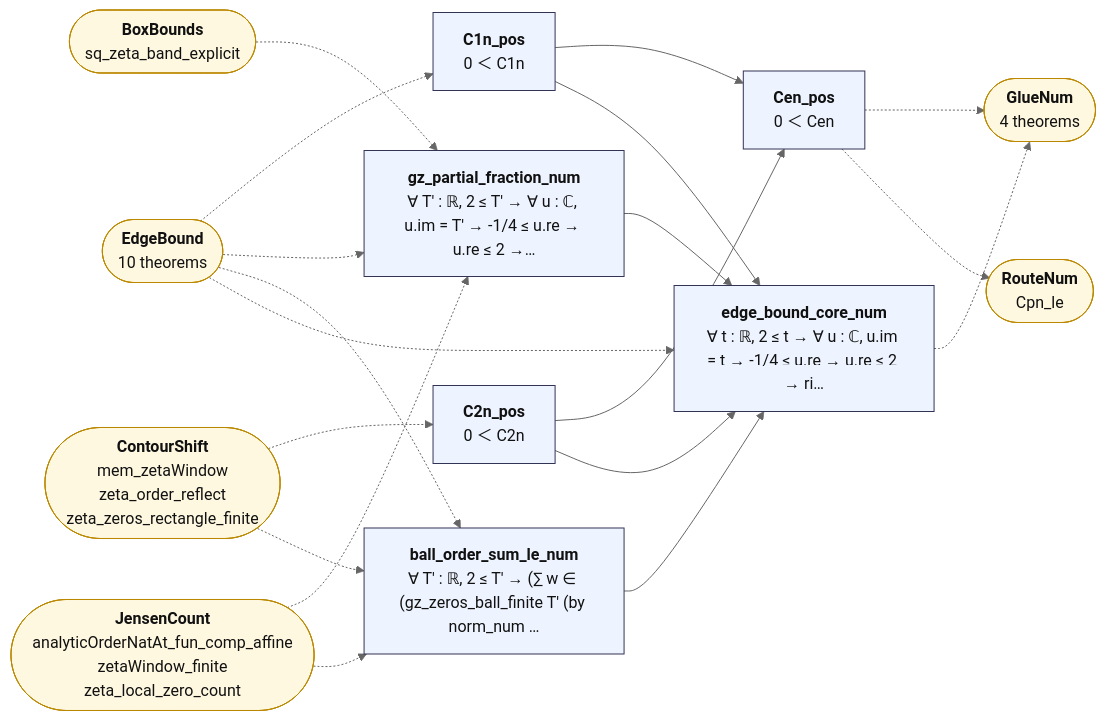
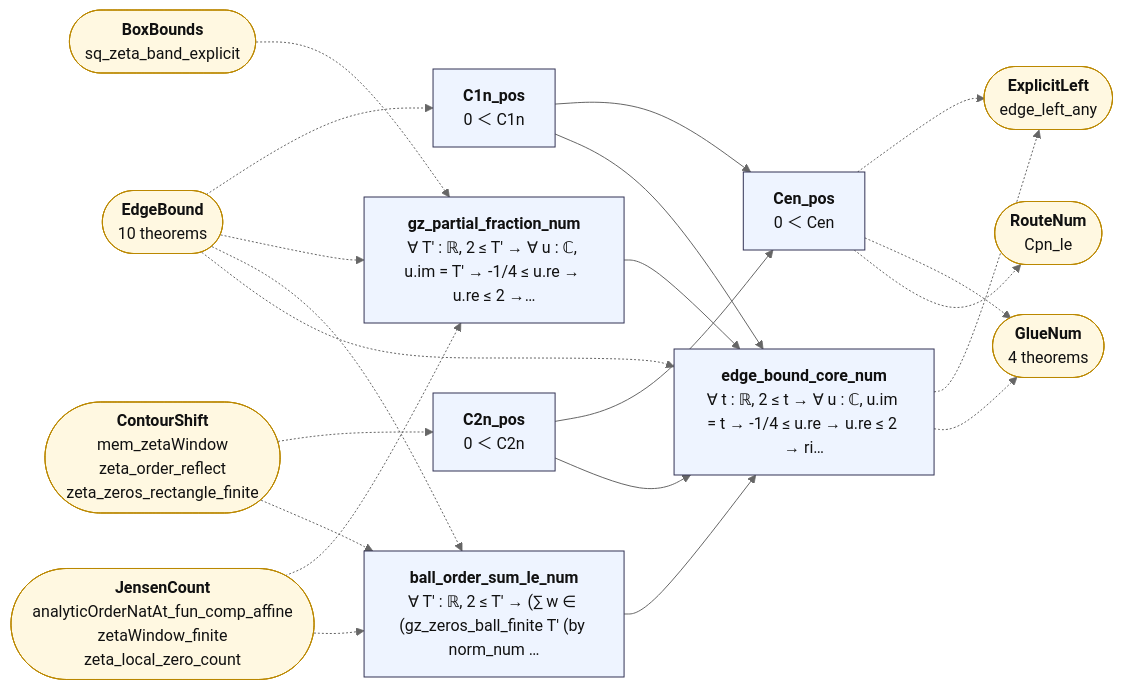
One commit to juliansambranojr/Primebeat_081426 changed the diagram in map/lean_stage3/EdgeNum.mmd. Above: the diagram before and after it, drawn with Mermaid (neutral theme). The commit also changed 43 other files, not shown here.

```diff
--- a/map/lean_stage3/EdgeNum.mmd
+++ b/map/lean_stage3/EdgeNum.mmd
@@ -1,39 +1,42 @@
 flowchart LR
   n0["<b>C1n_pos</b><br/>0 ＜ C1n"]:::thm
   n1["<b>gz_partial_fraction_num</b><br/>∀ T' : ℝ, 2 ≤ T' → ∀ u : ℂ, u.im = T' → -1/4 ≤ u.re → u.re ≤ 2 →…"]:::thm
   n2["<b>C2n_pos</b><br/>0 ＜ C2n"]:::thm
   n3["<b>ball_order_sum_le_num</b><br/>∀ T' : ℝ, 2 ≤ T' → (∑ w ∈ (gz_zeros_ball_finite T' (by norm_num …"]:::thm
   n4["<b>Cen_pos</b><br/>0 ＜ Cen"]:::thm
   n5["<b>edge_bound_core_num</b><br/>∀ t : ℝ, 2 ≤ t → ∀ u : ℂ, u.im = t → -1/4 ≤ u.re → u.re ≤ 2 → ri…"]:::thm
   x0(["<b>EdgeBound</b><br/>10 theorems"]):::ext
   x1(["<b>BoxBounds</b><br/>sq_zeta_band_explicit"]):::ext
   x2(["<b>JensenCount</b><br/>analyticOrderNatAt_fun_comp_affine<br/>zetaWindow_finite<br/>zeta_local_zero_count"]):::ext
   x3(["<b>ContourShift</b><br/>mem_zetaWindow<br/>zeta_order_reflect<br/>zeta_zeros_rectangle_finite"]):::ext
-  x4(["<b>GlueNum</b><br/>4 theorems"]):::ext
-  x5(["<b>RouteNum</b><br/>Cpn_le"]):::ext
+  x4(["<b>ExplicitLeft</b><br/>edge_left_any"]):::ext
+  x5(["<b>GlueNum</b><br/>4 theorems"]):::ext
+  x6(["<b>RouteNum</b><br/>Cpn_le"]):::ext
   n0 --> n4
   n0 --> n5
   n1 --> n5
   n2 --> n4
   n2 --> n5
   n3 --> n5
   n4 -.-> x4
   n4 -.-> x5
+  n4 -.-> x6
   n5 -.-> x4
+  n5 -.-> x5
   x0 -.-> n0
   x0 -.-> n1
   x0 -.-> n3
   x0 -.-> n5
   x1 -.-> n1
   x2 -.-> n1
   x2 -.-> n3
   x3 -.-> n2
   x3 -.-> n3
   classDef cnt fill:#dff5ec,stroke:#17694a,color:#111
   classDef shp fill:#f1ecfb,stroke:#5b3fa0,color:#111
   classDef rh fill:#ffe5e5,stroke:#c22,color:#111,stroke-width:2px
   classDef thm fill:#eef4ff,stroke:#335,color:#111
   classDef end_ fill:#e7f7e7,stroke:#2a7,color:#111,stroke-width:2px
   classDef lone fill:#fff,stroke:#999,color:#111,stroke-dasharray:4 3
   classDef bad fill:#ffe5e5,stroke:#c22,color:#111,stroke-width:2px
   classDef ext fill:#fff8e1,stroke:#b80,color:#111
```
